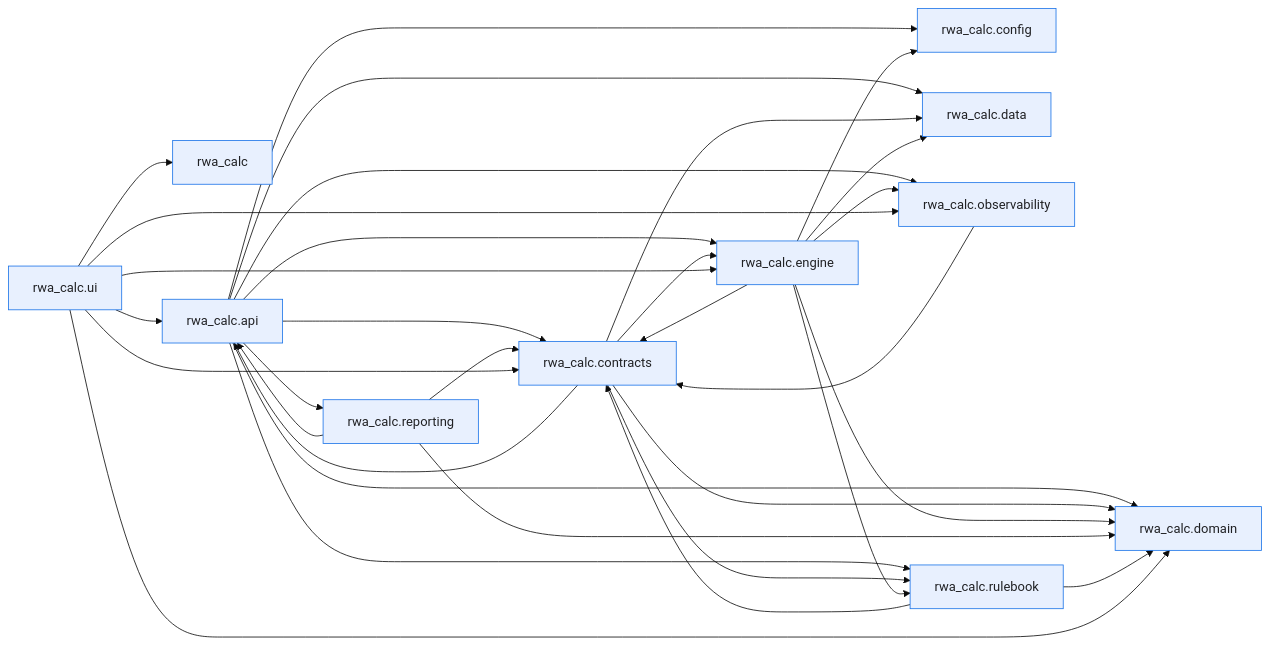
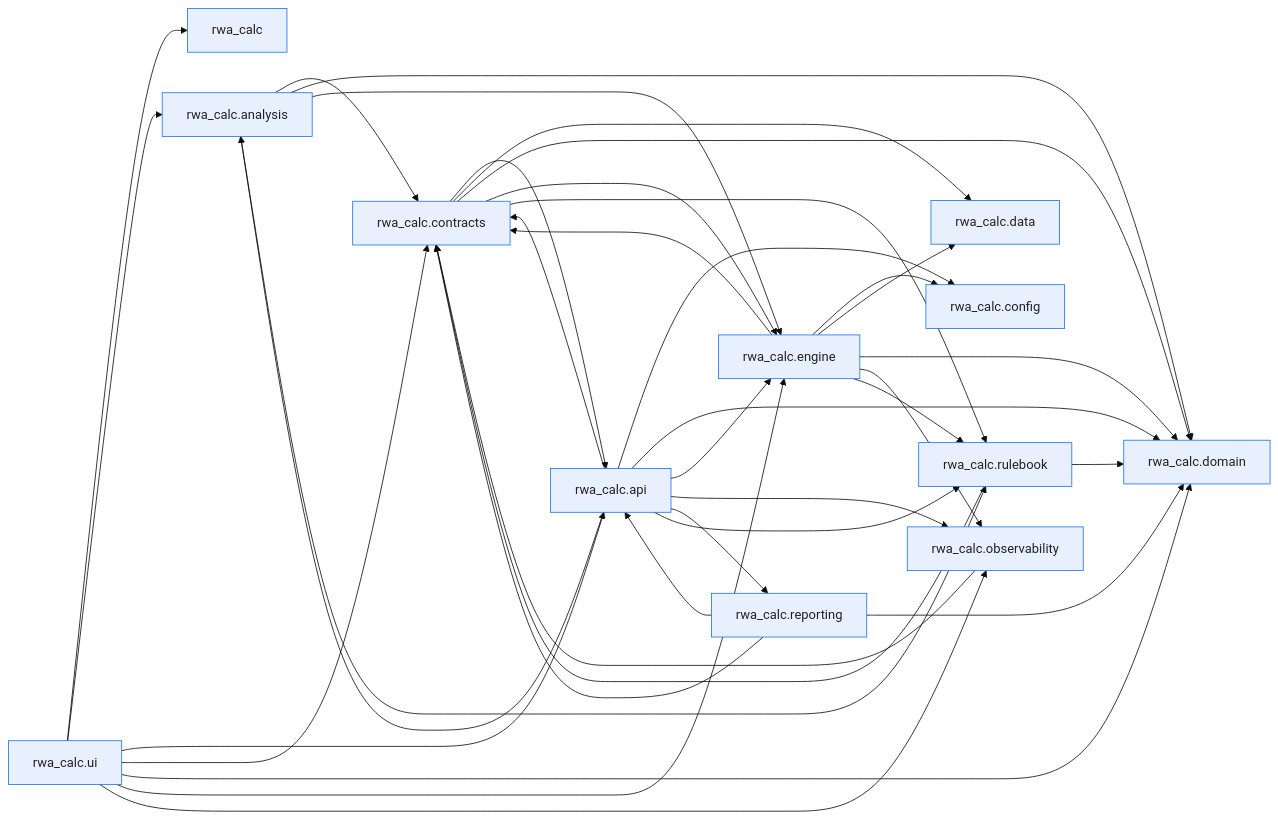
Before and after one commit to OpenAfterHours/rwa_calculator: the first of 2 diagrams in docs/development/module-dependencies.md, drawn with Mermaid (base theme). The commit also changed other lines of this file and 7 other files, not shown here.

````diff
--- a/docs/development/module-dependencies.md
+++ b/docs/development/module-dependencies.md
@@ -27,47 +27,53 @@
 ```mermaid
 flowchart LR
     p0["rwa_calc"]
-    p1["rwa_calc.api"]
-    p2["rwa_calc.config"]
-    p3["rwa_calc.contracts"]
-    p4["rwa_calc.data"]
-    p5["rwa_calc.domain"]
-    p6["rwa_calc.engine"]
-    p7["rwa_calc.observability"]
-    p8["rwa_calc.reporting"]
-    p9["rwa_calc.rulebook"]
-    p10["rwa_calc.ui"]
-    p1 --> p2
-    p1 --> p3
+    p1["rwa_calc.analysis"]
+    p2["rwa_calc.api"]
+    p3["rwa_calc.config"]
+    p4["rwa_calc.contracts"]
+    p5["rwa_calc.data"]
+    p6["rwa_calc.domain"]
+    p7["rwa_calc.engine"]
+    p8["rwa_calc.observability"]
+    p9["rwa_calc.reporting"]
+    p10["rwa_calc.rulebook"]
+    p11["rwa_calc.ui"]
     p1 --> p4
-    p1 --> p5
     p1 --> p6
     p1 --> p7
-    p1 --> p8
-    p1 --> p9
-    p3 --> p1
-    p3 --> p4
-    p3 --> p5
-    p3 --> p6
-    p3 --> p9
-    p6 --> p2
-    p6 --> p3
-    p6 --> p4
-    p6 --> p5
-    p6 --> p7
-    p6 --> p9
+    p1 --> p10
+    p2 --> p1
+    p2 --> p3
+    p2 --> p4
+    p2 --> p6
+    p2 --> p7
+    p2 --> p8
+    p2 --> p9
+    p2 --> p10
+    p4 --> p2
+    p4 --> p5
+    p4 --> p6
+    p4 --> p7
+    p4 --> p10
     p7 --> p3
-    p8 --> p1
-    p8 --> p3
-    p8 --> p5
-    p9 --> p3
-    p9 --> p5
-    p10 --> p0
-    p10 --> p1
-    p10 --> p3
-    p10 --> p5
+    p7 --> p4
+    p7 --> p5
+    p7 --> p6
+    p7 --> p8
+    p7 --> p10
+    p8 --> p4
+    p9 --> p2
+    p9 --> p4
+    p9 --> p6
+    p10 --> p4
     p10 --> p6
-    p10 --> p7
+    p11 --> p0
+    p11 --> p1
+    p11 --> p2
+    p11 --> p4
+    p11 --> p6
+    p11 --> p7
+    p11 --> p8
     classDef first_party fill:#e8f0fe,stroke:#1a73e8,color:#202124
-    class p0,p1,p2,p3,p4,p5,p6,p7,p8,p9,p10 first_party
+    class p0,p1,p2,p3,p4,p5,p6,p7,p8,p9,p10,p11 first_party
 ```
````
